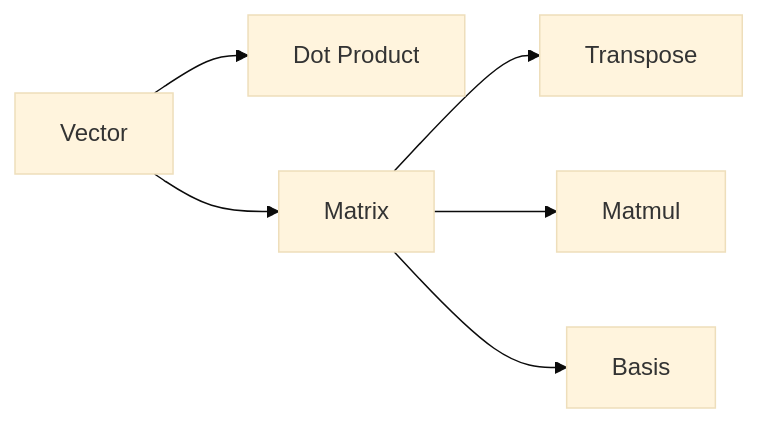
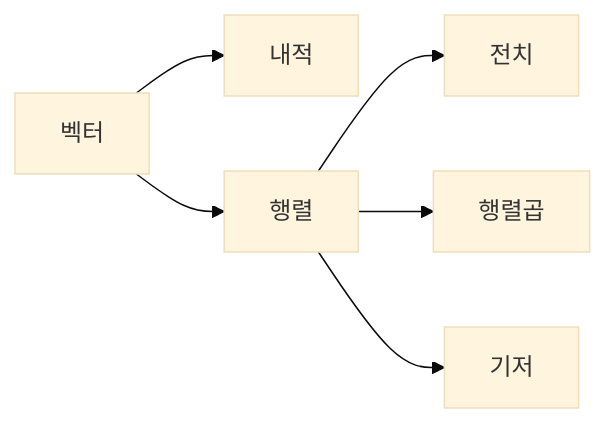
One commit to yeongseon-books/book-content changed the diagram in content/math-for-cs-101/ko/07-linear-algebra.md. Above: the diagram before and after it, drawn with Mermaid (base theme). The commit also changed other lines of this file and 8 other files, not shown here.

````diff
--- a/content/math-for-cs-101/ko/07-linear-algebra.md
+++ b/content/math-for-cs-101/ko/07-linear-algebra.md
@@ -33,8 +45,8 @@
 ```mermaid
 flowchart LR
-    V[Vector] --> D[Dot Product]
-    V --> M[Matrix]
-    M --> T[Transpose]
-    M --> X[Matmul]
-    M --> B[Basis]
+    V["벡터"] --> D["내적"]
+    V --> M["행렬"]
+    M --> T["전치"]
+    M --> X["행렬곱"]
+    M --> B["기저"]
 ```
````
